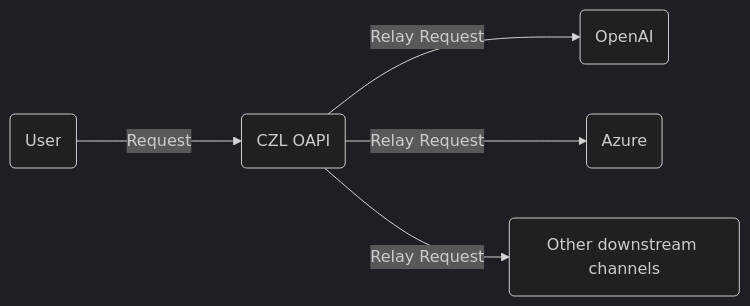
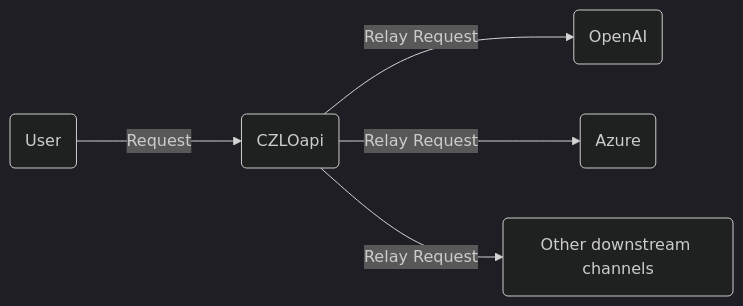
Before and after one commit to MartialBE/one-hub: the diagram in README.en.md, drawn with Mermaid (dark theme). The commit also changed other lines of this file and 66 other files, not shown here.

````diff
--- a/README.en.md
+++ b/README.en.md
@@ -245,8 +245,8 @@
 ```mermaid
 graph LR
     A(User)
-    A --->|Request| B(CZL OAPI)
+    A --->|Request| B(CZLOapi)
     B -->|Relay Request| C(OpenAI)
     B -->|Relay Request| D(Azure)
     B -->|Relay Request| E(Other downstream channels)
 ```
````
